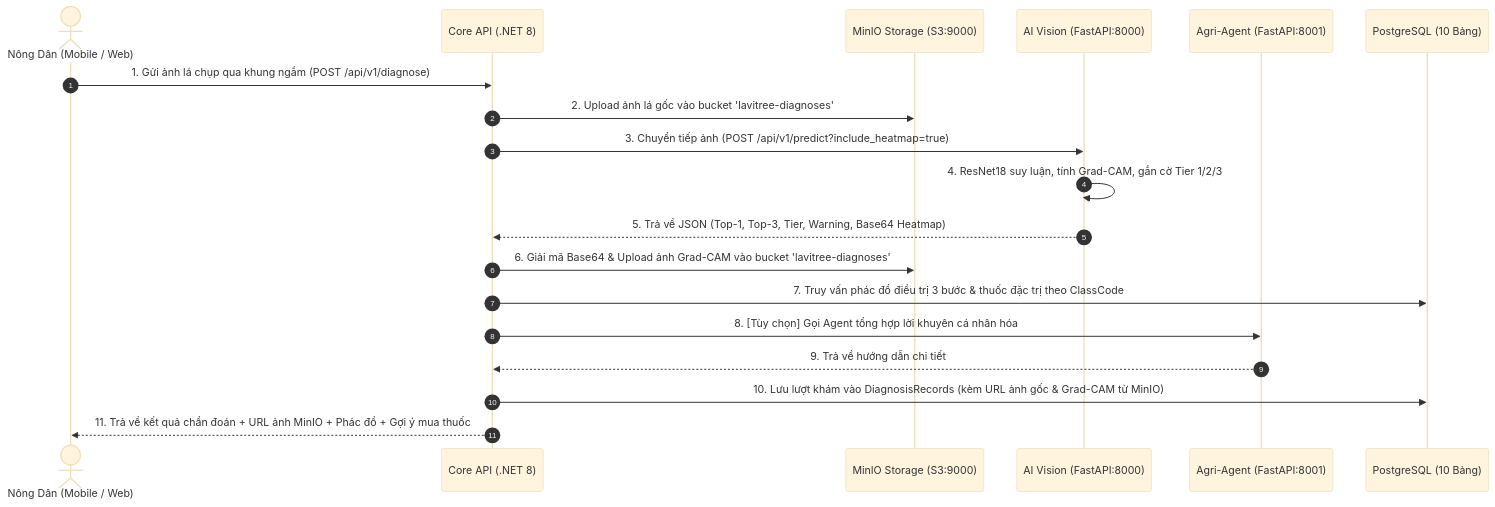
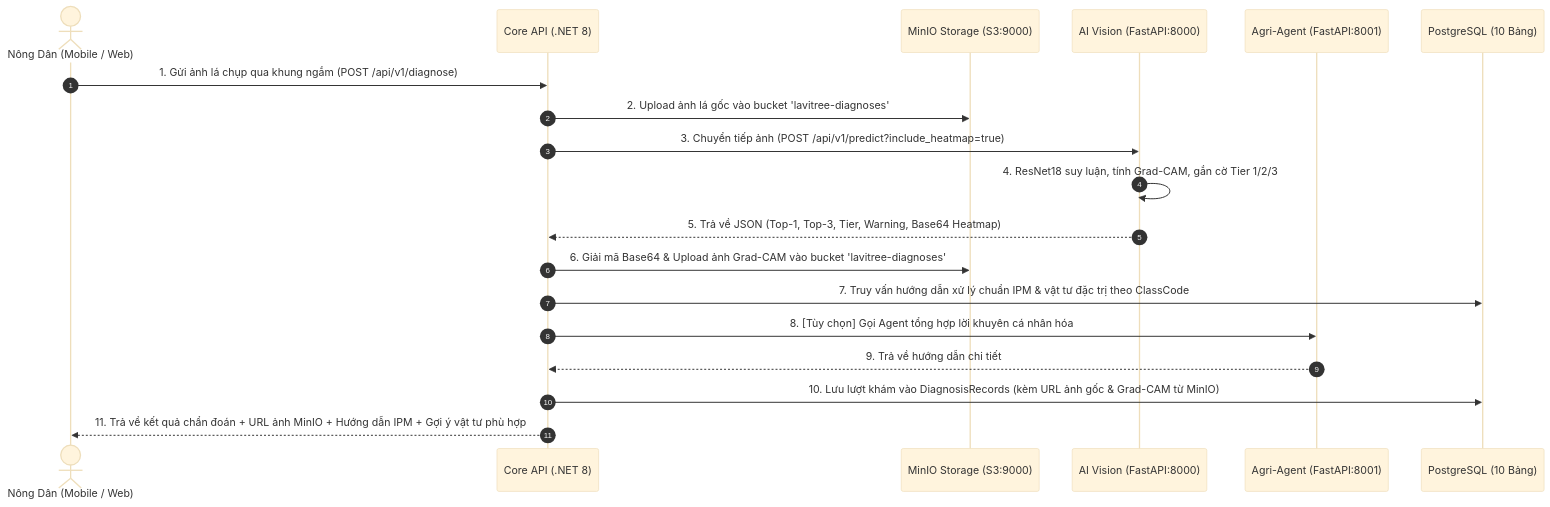
The diagram in docs/architecture/system-design.md (duanhap/LAVITREE), drawn with Mermaid (base theme) before and after one commit. The commit also changed other lines of this file and 12 other files, not shown here.

````diff
--- a/docs/architecture/system-design.md
+++ b/docs/architecture/system-design.md
@@ -57,22 +57,22 @@
 ```mermaid
 sequenceDiagram
     autonumber
     actor Farmer as Nông Dân (Mobile / Web)
     participant Core as Core API (.NET 8)
     participant MinIO as MinIO Storage (S3:9000)
     participant Vision as AI Vision (FastAPI:8000)
     participant Agent as Agri-Agent (FastAPI:8001)
     participant DB as PostgreSQL (10 Bảng)
 
     Farmer->>Core: 1. Gửi ảnh lá chụp qua khung ngắm (POST /api/v1/diagnose)
     Core->>MinIO: 2. Upload ảnh lá gốc vào bucket 'lavitree-diagnoses'
     Core->>Vision: 3. Chuyển tiếp ảnh (POST /api/v1/predict?include_heatmap=true)
     Vision->>Vision: 4. ResNet18 suy luận, tính Grad-CAM, gắn cờ Tier 1/2/3
     Vision-->>Core: 5. Trả về JSON (Top-1, Top-3, Tier, Warning, Base64 Heatmap)
     Core->>MinIO: 6. Giải mã Base64 & Upload ảnh Grad-CAM vào bucket 'lavitree-diagnoses'
-    Core->>DB: 7. Truy vấn phác đồ điều trị 3 bước & thuốc đặc trị theo ClassCode
+    Core->>DB: 7. Truy vấn hướng dẫn xử lý chuẩn IPM & vật tư đặc trị theo ClassCode
     Core->>Agent: 8. [Tùy chọn] Gọi Agent tổng hợp lời khuyên cá nhân hóa
     Agent-->>Core: 9. Trả về hướng dẫn chi tiết
     Core->>DB: 10. Lưu lượt khám vào DiagnosisRecords (kèm URL ảnh gốc & Grad-CAM từ MinIO)
-    Core-->>Farmer: 11. Trả về kết quả chẩn đoán + URL ảnh MinIO + Phác đồ + Gợi ý mua thuốc
+    Core-->>Farmer: 11. Trả về kết quả chẩn đoán + URL ảnh MinIO + Hướng dẫn IPM + Gợi ý vật tư phù hợp
 ```
````
